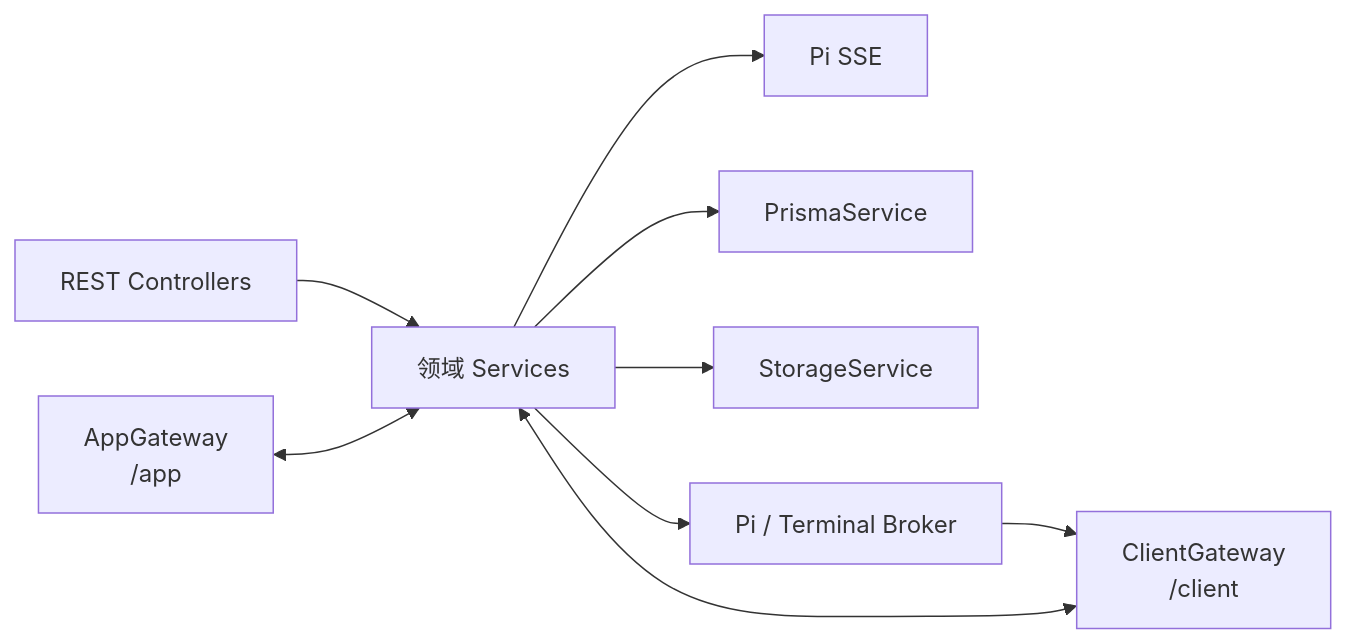
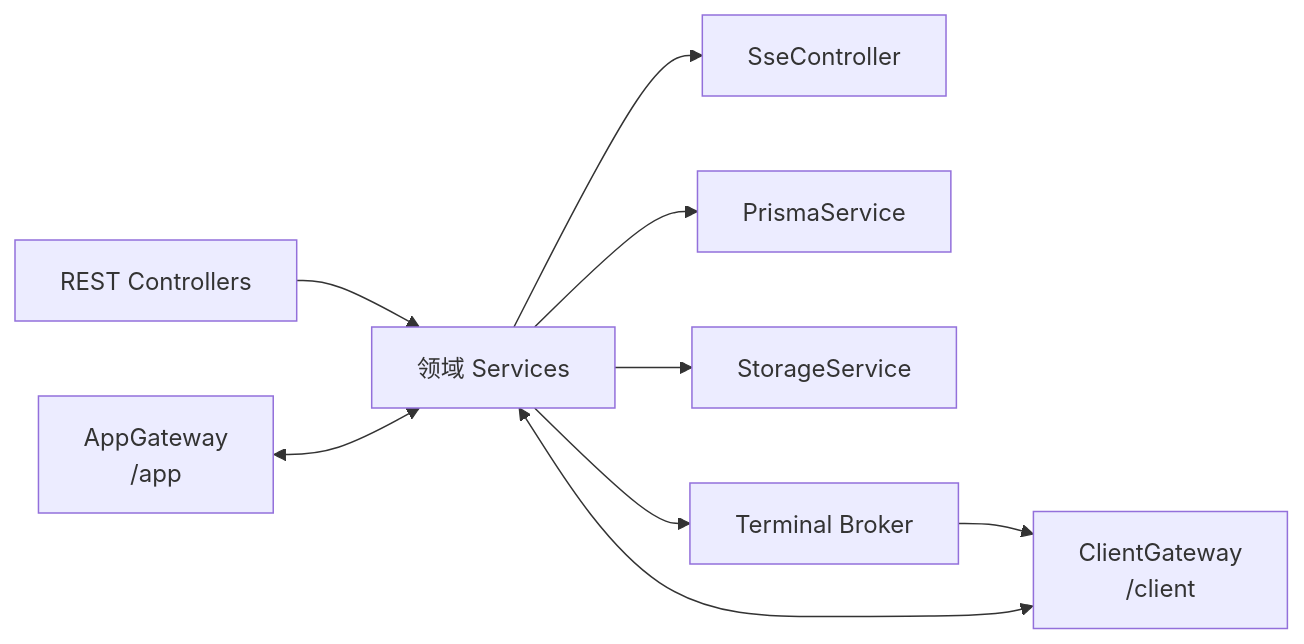
One commit to xuzhen97/VCPDeck changed the third of 8 diagrams in docs/architecture.md. Above: the diagram before and after it, drawn with Mermaid. The commit also changed other lines of this file and 399 other files, not shown here.

````diff
--- a/docs/architecture.md
+++ b/docs/architecture.md
@@ -143,17 +138,16 @@
 ```mermaid
 flowchart LR
     Rest[REST Controllers]
     ClientGateway[ClientGateway<br/>/client]
     AppGateway[AppGateway<br/>/app]
-    SseController[Pi SSE]
 
     Rest --> Domain[领域 Services]
     ClientGateway <--> Domain
     AppGateway <--> Domain
     Domain --> SseController
 
     Domain --> Prisma[PrismaService]
     Domain --> Storage[StorageService]
-    Domain --> Brokers[Pi / Terminal Broker]
+    Domain --> Brokers[Terminal Broker]
     Brokers --> ClientGateway
 ```
````
